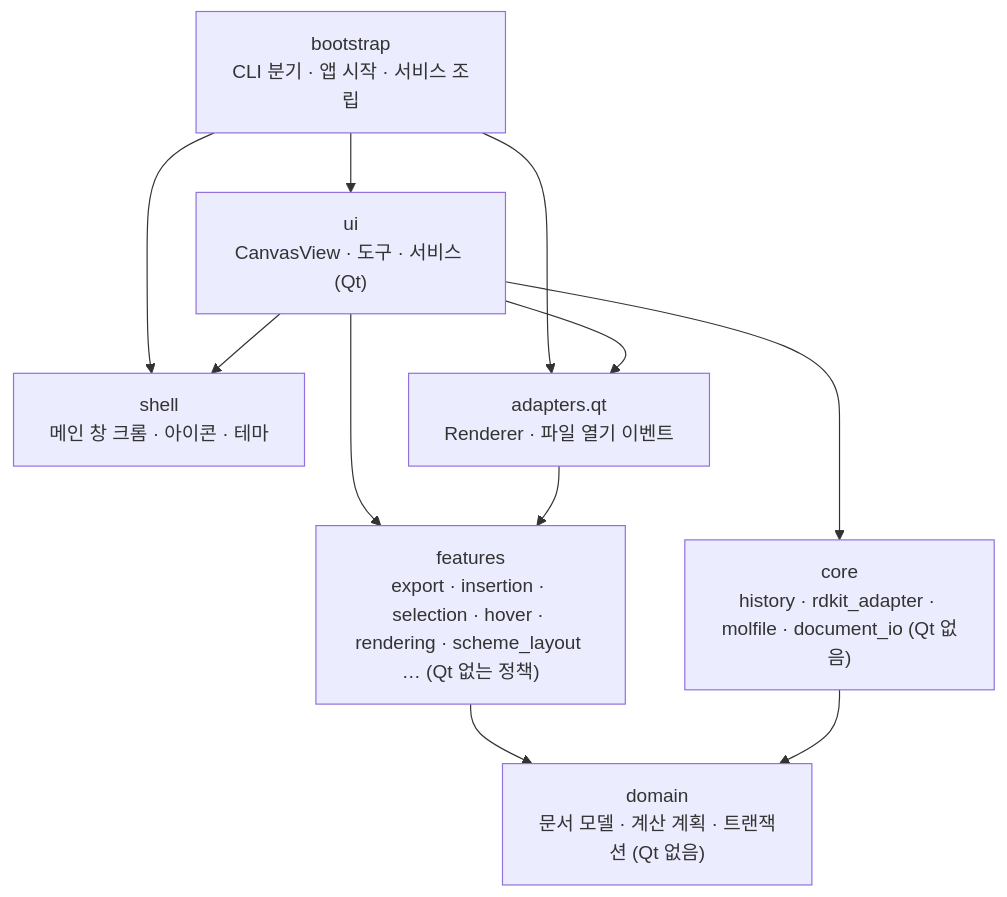
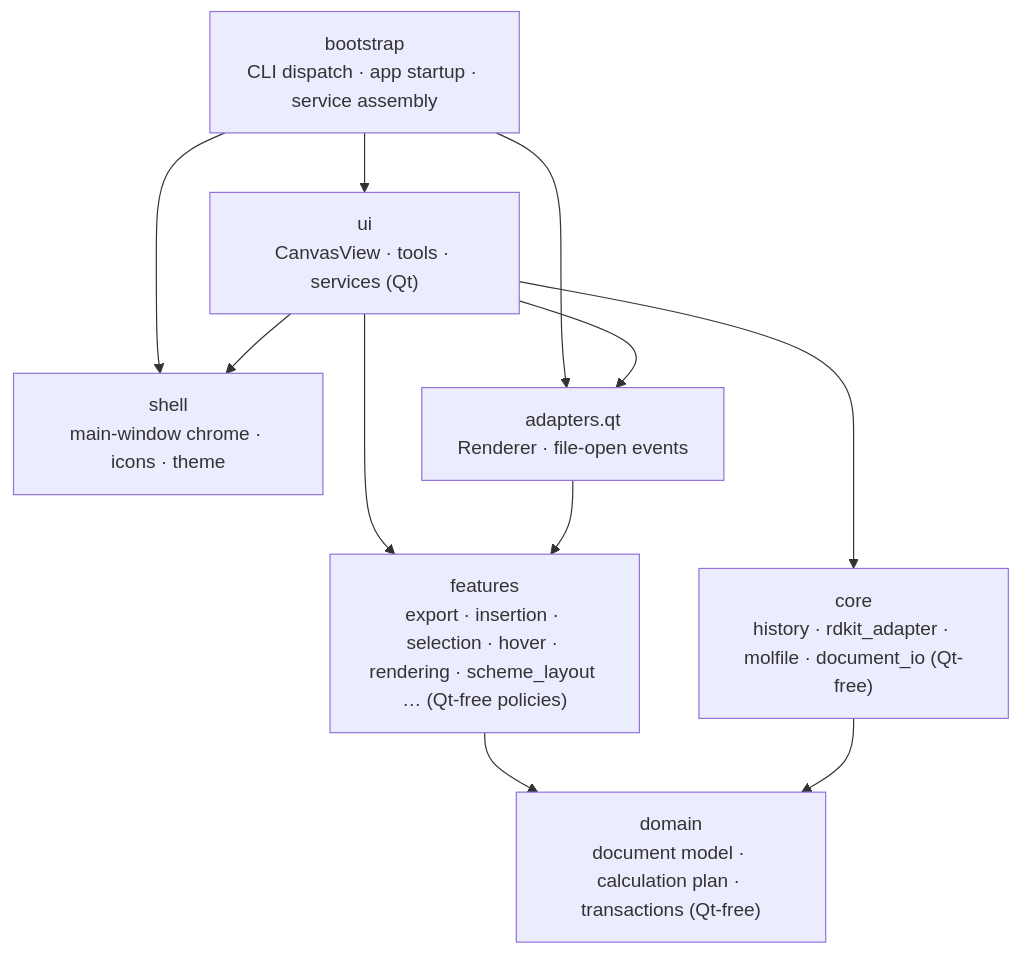
The first of 2 diagrams in docs/ARCHITECTURE.ko.md (dhsohn/Chemvas), drawn with Mermaid before and after one commit. The commit also changed other lines of this file and 11 other files, not shown here.

First line of the commit message:
Condense architecture and packaging guides for readability

````diff
--- a/docs/ARCHITECTURE.ko.md
+++ b/docs/ARCHITECTURE.ko.md
@@ -9,20 +9,20 @@
 ```mermaid
 flowchart TB
-    bootstrap["bootstrap<br/>CLI 분기 · 앱 시작 · 서비스 조립"]
-    shell["shell<br/>메인 창 크롬 · 아이콘 · 테마"]
-    ui["ui<br/>CanvasView · 도구 · 서비스 (Qt)"]
-    adapters["adapters.qt<br/>Renderer · 파일 열기 이벤트"]
-    features["features<br/>export · insertion · selection · hover · rendering · scheme_layout … (Qt 없는 정책)"]
-    core["core<br/>history · rdkit_adapter · molfile · document_io (Qt 없음)"]
-    domain["domain<br/>문서 모델 · 계산 계획 · 트랜잭션 (Qt 없음)"]
+    bootstrap["bootstrap<br/>CLI dispatch · app startup · service assembly"]
+    shell["shell<br/>main-window chrome · icons · theme"]
+    ui["ui<br/>CanvasView · tools · services (Qt)"]
+    adapters["adapters.qt<br/>Renderer · file-open events"]
+    features["features<br/>export · insertion · selection · hover · rendering · scheme_layout … (Qt-free policies)"]
+    core["core<br/>history · rdkit_adapter · molfile · document_io (Qt-free)"]
+    domain["domain<br/>document model · calculation plan · transactions (Qt-free)"]
     bootstrap --> ui
     bootstrap --> shell
     bootstrap --> adapters
     ui --> shell
     ui --> adapters
     ui --> features
     ui --> core
     adapters --> features
     features --> domain
     core --> domain
 ```
````
